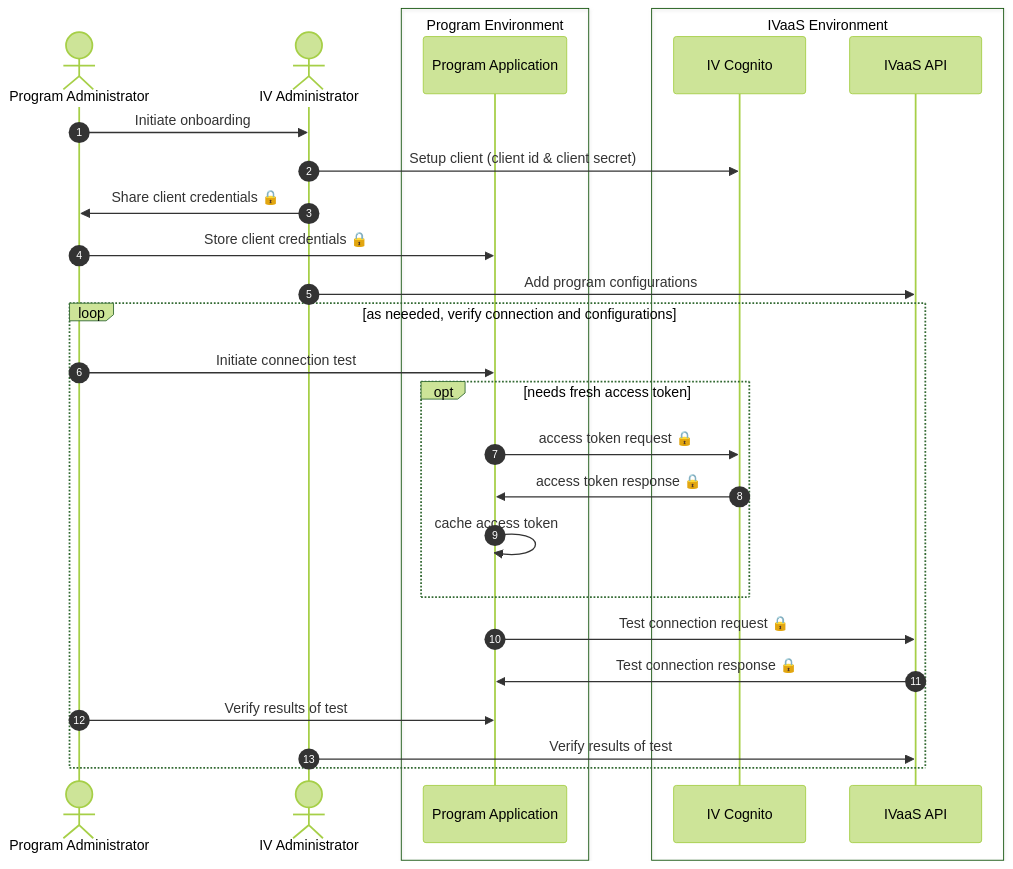
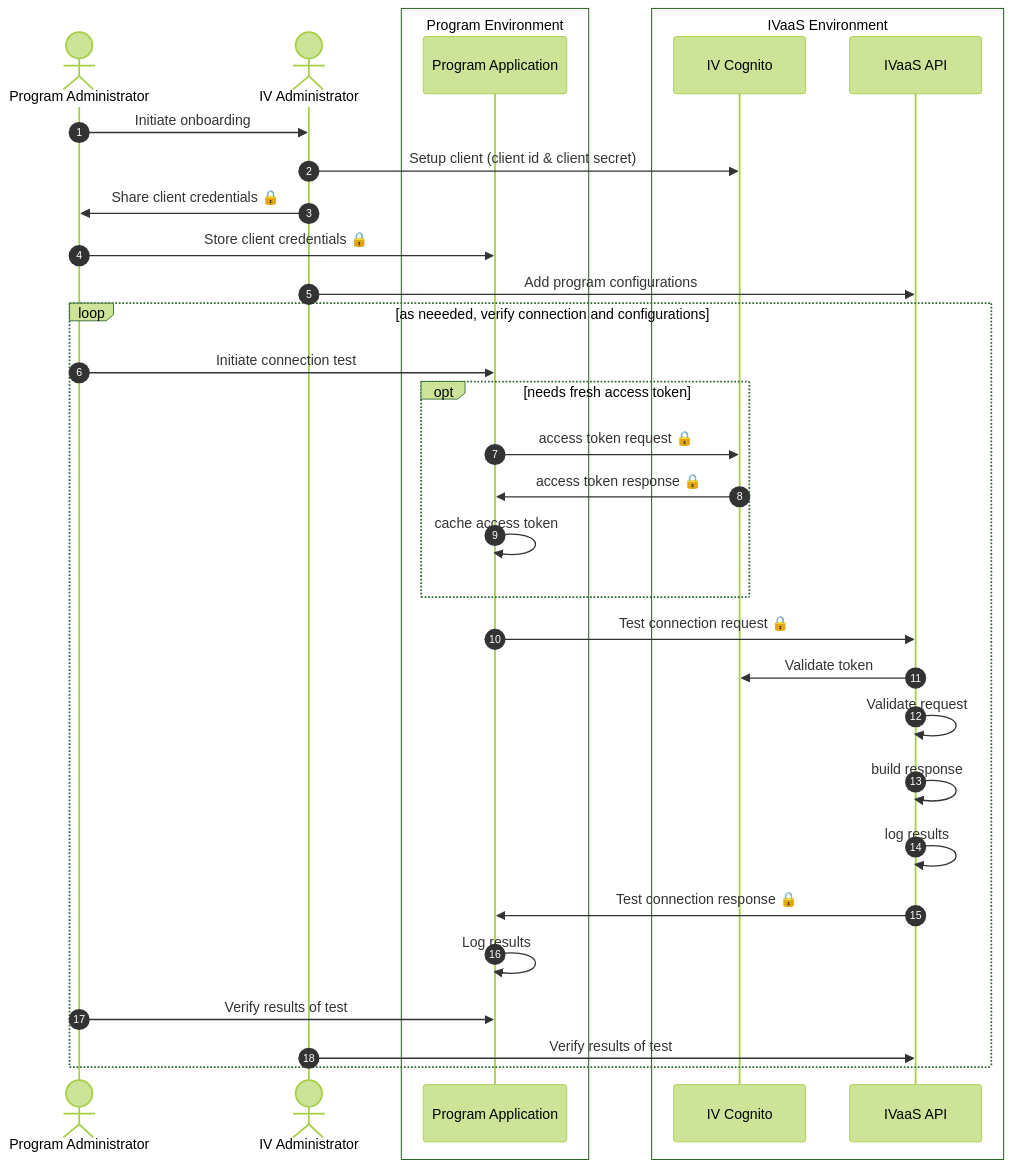
The first of 2 diagrams in docs/api/data-flow.md (coloradodigitalservice/ivaas), drawn with Mermaid (forest theme) before and after one commit. The commit also changed other lines of this file, not shown here.

Commit message:
Update income verification data flow diagram to reflect adapter invocations

````diff
--- a/docs/api/data-flow.md
+++ b/docs/api/data-flow.md
@@ -12,33 +12,38 @@
 ```mermaid
 sequenceDiagram
     autonumber
 
     actor programAdmin as Program Administrator
     actor ivAdmin as IV Administrator
     box Program Environment
     participant programApp as Program Application
     end
     box IVaaS Environment
     participant cognito as IV Cognito
     participant api as IVaaS API
     end
 
     programAdmin->>ivAdmin: Initiate onboarding
     ivAdmin->>cognito: Setup client (client id & client secret)
     ivAdmin->>programAdmin: Share client credentials 🔒
     programAdmin->>programApp: Store client credentials 🔒
     ivAdmin->>api: Add program configurations
 
     loop as neeeded, verify connection and configurations
     programAdmin->>programApp: Initiate connection test
     opt needs fresh access token
     programApp->>cognito: access token request 🔒
     cognito->>programApp: access token response 🔒
     programApp->>programApp: cache access token
     end
     programApp->>api: Test connection request 🔒
+    api->>cognito: Validate token
+    api->>api: Validate request
+    api->>api: build response
+    api->>api: log results
     api->>programApp: Test connection response 🔒
+    programApp->>programApp: Log results
     programAdmin->>programApp: Verify results of test
     ivAdmin->>api: Verify results of test
     end
 ```
````
